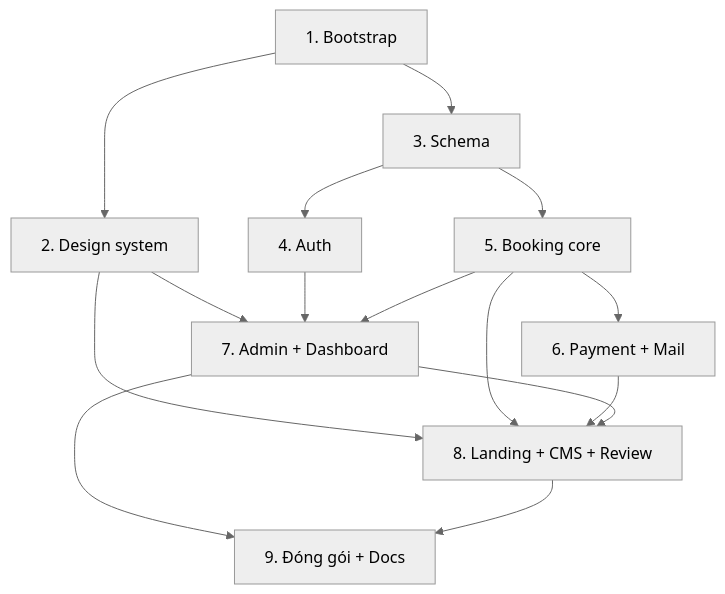
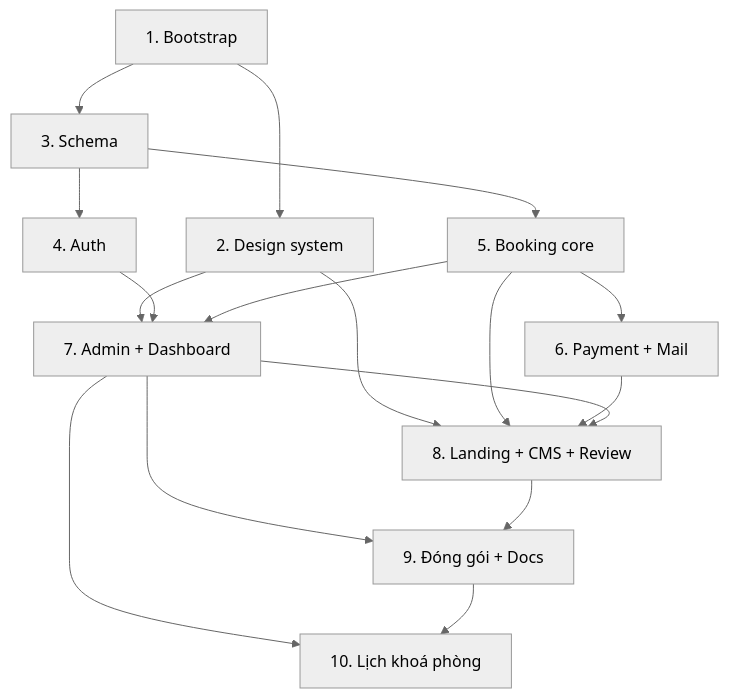
One commit to nhquan403/Project-Final-TVU changed the second of 2 diagrams in plans/260907-1304-homestay-tvh-booking/plan.md. Above: the diagram before and after it, drawn with Mermaid (neutral theme). The commit also changed other lines of this file and 1 other file, not shown here.

First line of the commit message:
docs(plan): phase 10 — lịch khoá phòng theo khoảng ngày

````diff
--- a/plans/260907-1304-homestay-tvh-booking/plan.md
+++ b/plans/260907-1304-homestay-tvh-booking/plan.md
@@ -96,17 +97,19 @@
 ```mermaid
 flowchart TD
     P1[1. Bootstrap] --> P2[2. Design system]
     P1 --> P3[3. Schema]
     P3 --> P4[4. Auth]
     P3 --> P5[5. Booking core]
     P5 --> P6[6. Payment + Mail]
     P2 --> P7[7. Admin + Dashboard]
     P4 --> P7
     P5 --> P7
     P2 --> P8[8. Landing + CMS + Review]
     P5 --> P8
     P6 --> P8
     P7 --> P8
     P7 --> P9[9. Đóng gói + Docs]
     P8 --> P9
+    P7 --> P10[10. Lịch khoá phòng]
+    P9 --> P10
 ```
````
